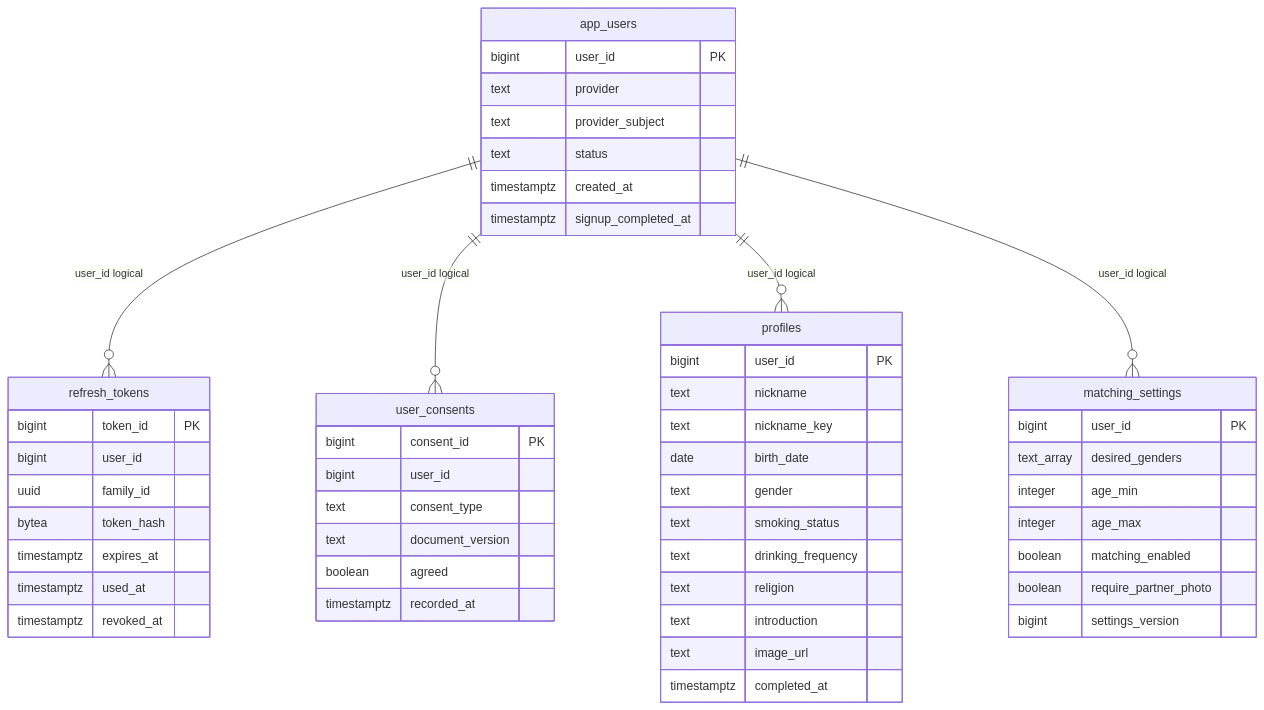
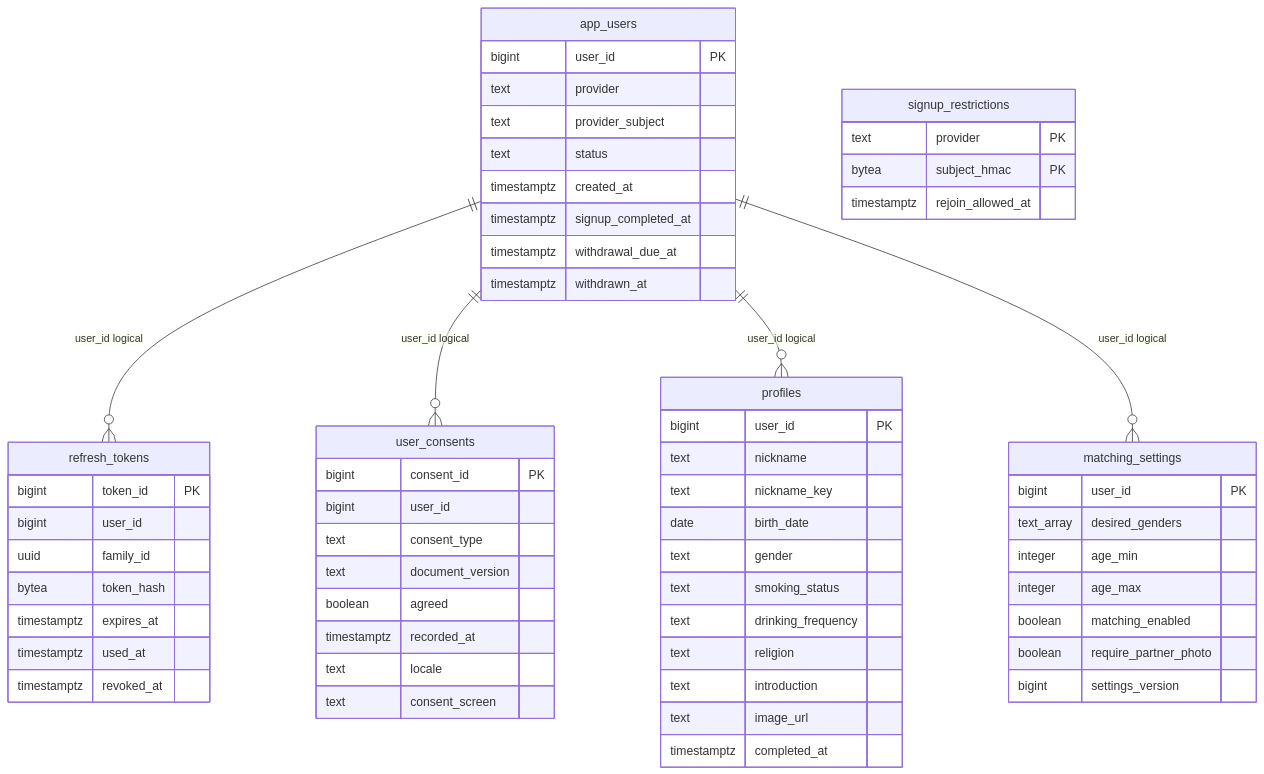
Before and after one commit to j-moo/Tingle: the diagram in docs/database/erd-1.mmd, drawn with Mermaid. The commit also changed 11 other files, not shown here.

Commit message:
docs: 저장소 ERD 문서를 ERDCloud 최신본(25개 테이블·185개 컬럼)에 동기화

```diff
--- a/docs/database/erd-1.mmd
+++ b/docs/database/erd-1.mmd
@@ -1,52 +1,61 @@
 erDiagram
     app_users {
         bigint user_id PK
         text provider
         text provider_subject
         text status
         timestamptz created_at
         timestamptz signup_completed_at
+        timestamptz withdrawal_due_at
+        timestamptz withdrawn_at
     }
     refresh_tokens {
         bigint token_id PK
         bigint user_id
         uuid family_id
         bytea token_hash
         timestamptz expires_at
         timestamptz used_at
         timestamptz revoked_at
     }
     user_consents {
         bigint consent_id PK
         bigint user_id
         text consent_type
         text document_version
         boolean agreed
         timestamptz recorded_at
+        text locale
+        text consent_screen
+    }
+    signup_restrictions {
+        text provider PK
+        bytea subject_hmac PK
+        timestamptz rejoin_allowed_at
     }
     profiles {
         bigint user_id PK
         text nickname
         text nickname_key
         date birth_date
         text gender
         text smoking_status
         text drinking_frequency
         text religion
         text introduction
         text image_url
         timestamptz completed_at
     }
     matching_settings {
         bigint user_id PK
         text_array desired_genders
         integer age_min
         integer age_max
         boolean matching_enabled
         boolean require_partner_photo
         bigint settings_version
     }
     app_users ||--o{ refresh_tokens : "user_id logical"
     app_users ||--o{ user_consents : "user_id logical"
     app_users ||--o{ profiles : "user_id logical"
     app_users ||--o{ matching_settings : "user_id logical"
```
